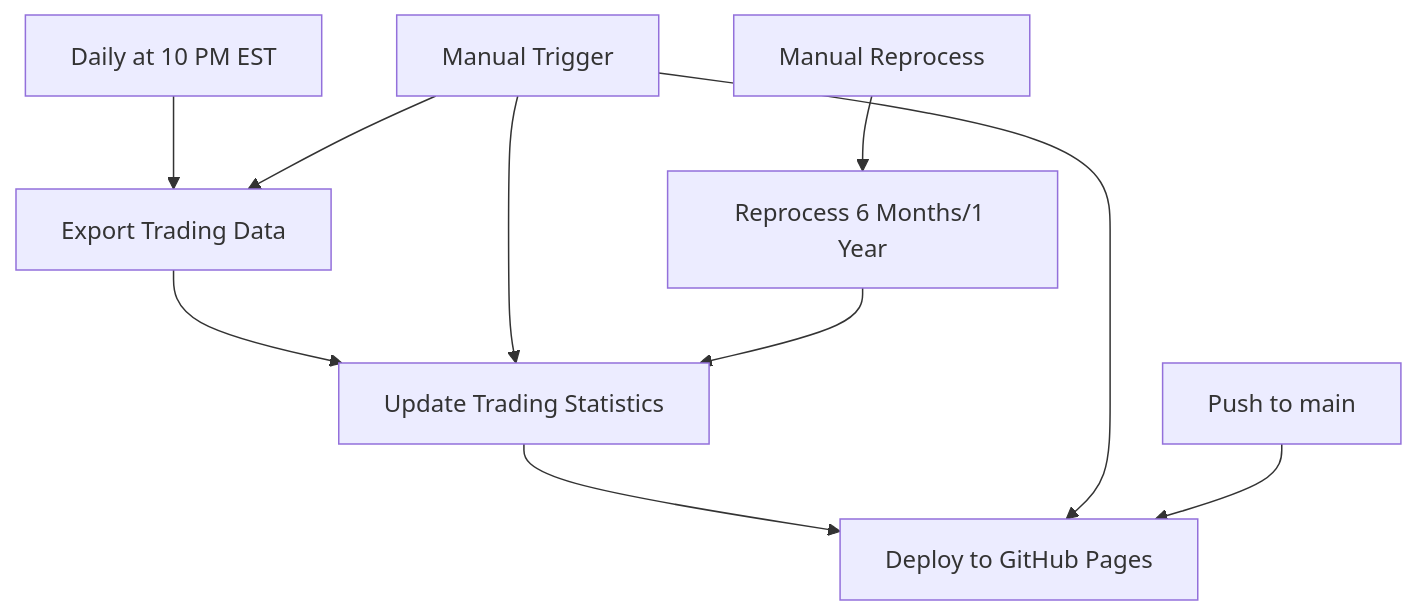
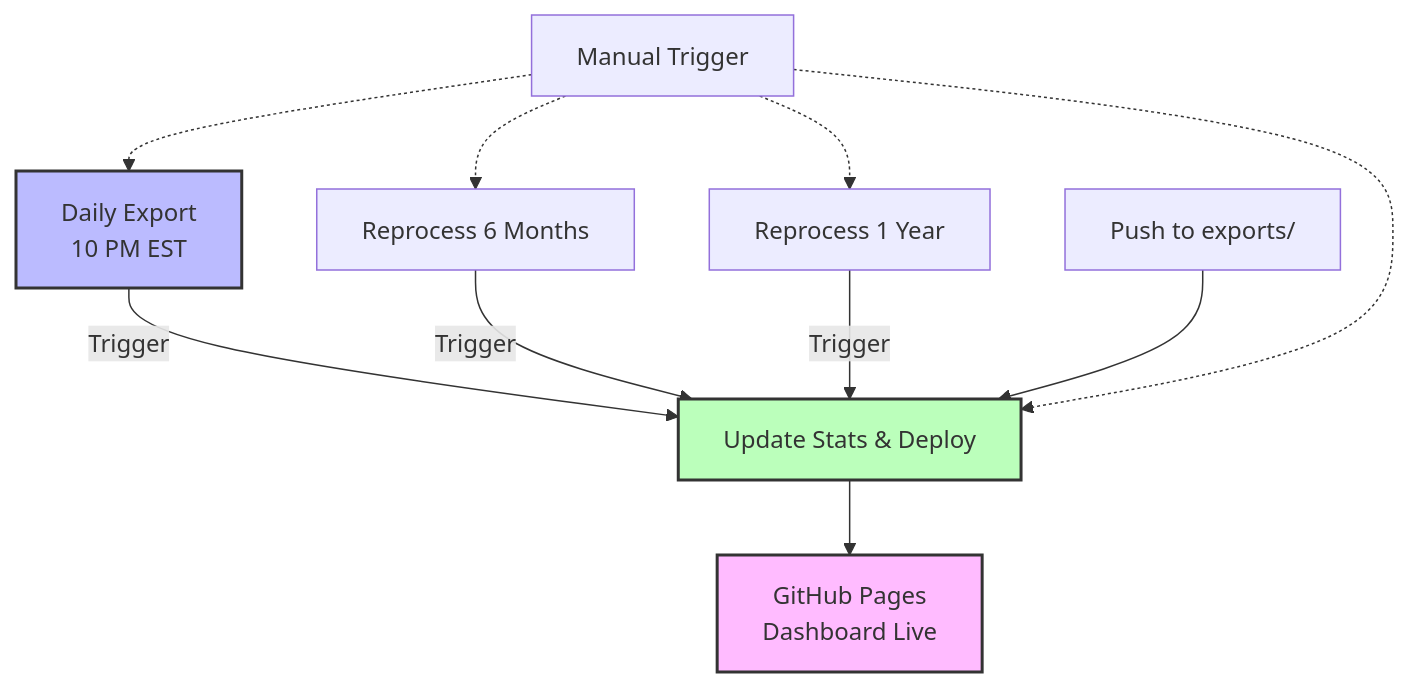
Before and after one commit to jefrnc/propreports-trading-dashboard: the diagram in WORKFLOW_GUIDE.md, drawn with Mermaid. The commit also changed other lines of this file and 8 other files, not shown here.

````diff
--- a/WORKFLOW_GUIDE.md
+++ b/WORKFLOW_GUIDE.md
@@ -53,15 +65,17 @@
 ```mermaid
 graph TD
-    A[Daily at 10 PM EST] --> B[Export Trading Data]
-    B --> C[Update Trading Statistics]
-    C --> D[Deploy to GitHub Pages]
+    A[Daily Export<br/>10 PM EST] -->|Trigger| B[Update Stats & Deploy]
+    C[Reprocess 6 Months] -->|Trigger| B
+    D[Reprocess 1 Year] -->|Trigger| B
+    B --> E[GitHub Pages<br/>Dashboard Live]
     
-    E[Manual Trigger] --> B
-    E --> C
-    E --> D
+    F[Push to exports/] --> B
+    G[Manual Trigger] -.-> A
+    G -.-> C
+    G -.-> D
+    G -.-> B
     
-    F[Push to main] --> D
-    
-    G[Manual Reprocess] --> H[Reprocess 6 Months/1 Year]
-    H --> C
+    style A fill:#bbf,stroke:#333,stroke-width:2px
+    style B fill:#bfb,stroke:#333,stroke-width:2px
+    style E fill:#fbf,stroke:#333,stroke-width:2px
 ```
````
